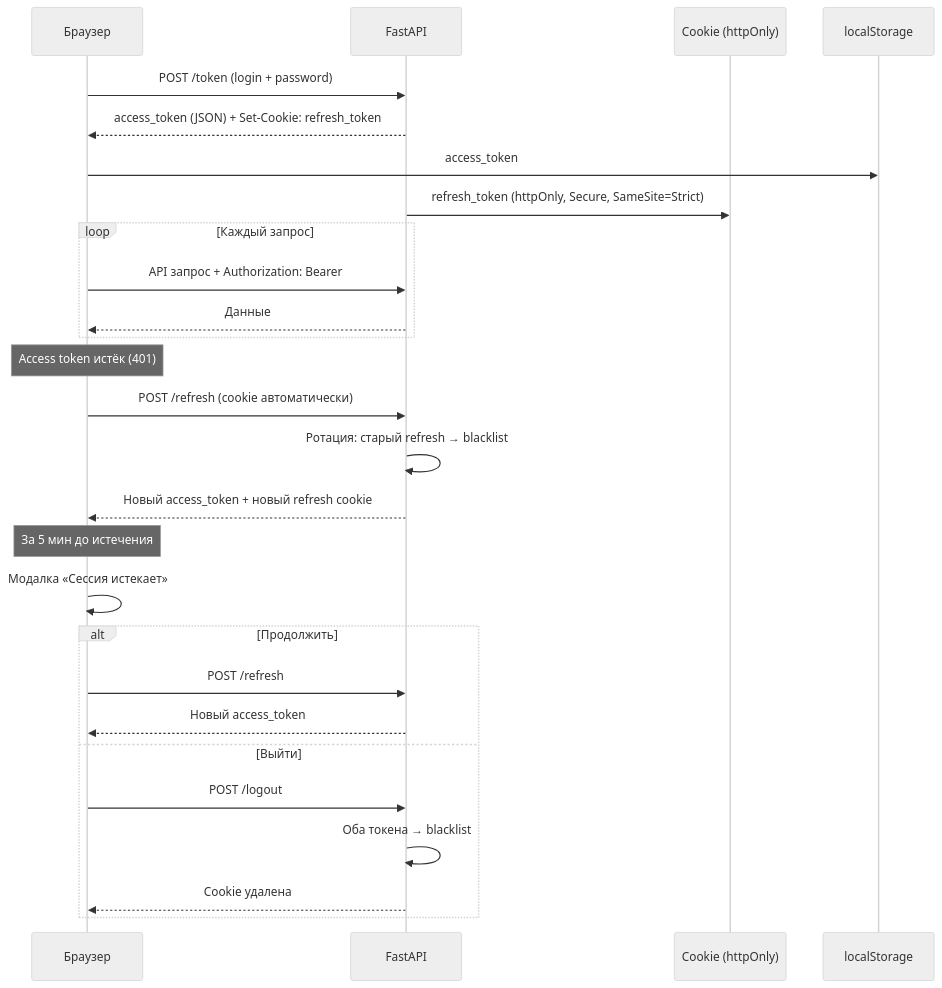
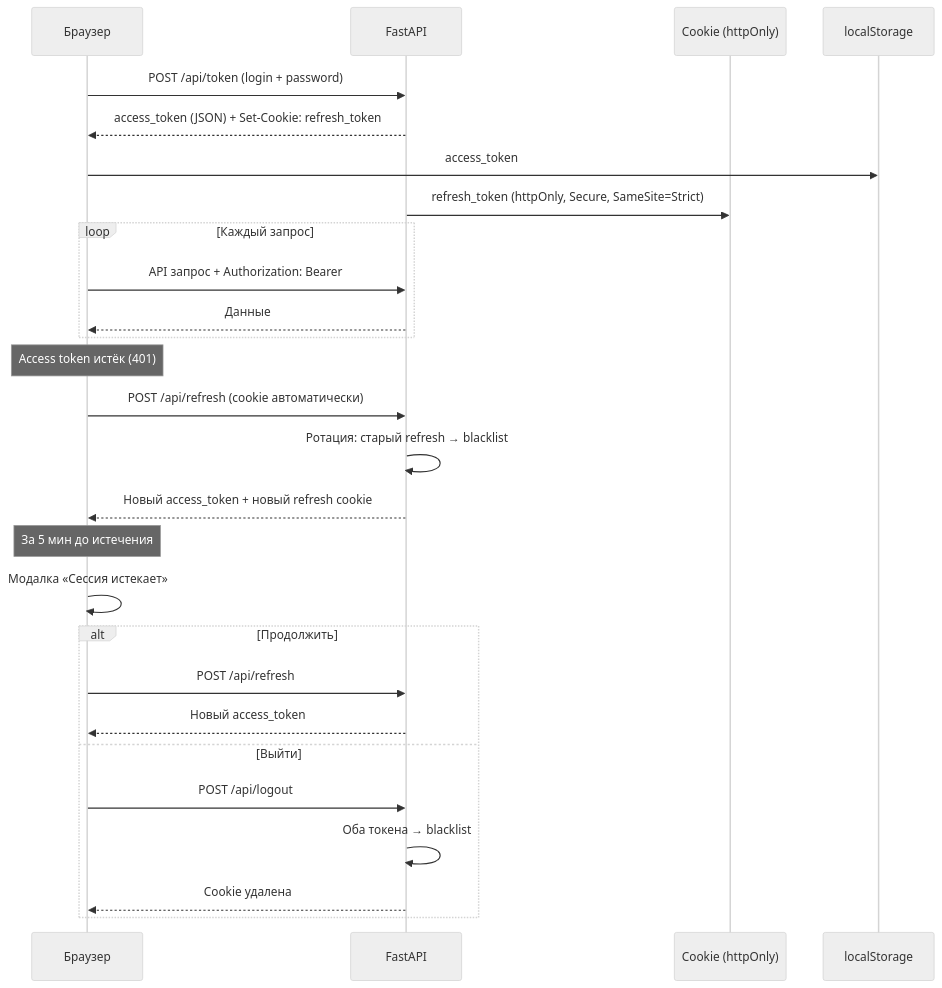
Before and after one commit to wobujidao/PostgreSQL-Activity-Monitor: the second of 3 diagrams in README.md, drawn with Mermaid (neutral theme). The commit also changed other lines of this file and 3 other files, not shown here.

````diff
--- a/README.md
+++ b/README.md
@@ -94,33 +135,33 @@
 ```mermaid
 sequenceDiagram
     participant B as Браузер
     participant F as FastAPI
     participant C as Cookie (httpOnly)
     participant S as localStorage
 
-    B->>F: POST /token (login + password)
+    B->>F: POST /api/token (login + password)
     F-->>B: access_token (JSON) + Set-Cookie: refresh_token
     B->>S: access_token
     F->>C: refresh_token (httpOnly, Secure, SameSite=Strict)
 
     loop Каждый запрос
         B->>F: API запрос + Authorization: Bearer
         F-->>B: Данные
     end
 
     Note over B: Access token истёк (401)
-    B->>F: POST /refresh (cookie автоматически)
+    B->>F: POST /api/refresh (cookie автоматически)
     F->>F: Ротация: старый refresh → blacklist
     F-->>B: Новый access_token + новый refresh cookie
 
     Note over B: За 5 мин до истечения
     B->>B: Модалка «Сессия истекает»
     alt Продолжить
-        B->>F: POST /refresh
+        B->>F: POST /api/refresh
         F-->>B: Новый access_token
     else Выйти
-        B->>F: POST /logout
+        B->>F: POST /api/logout
         F->>F: Оба токена → blacklist
         F-->>B: Cookie удалена
     end
 ```
````
